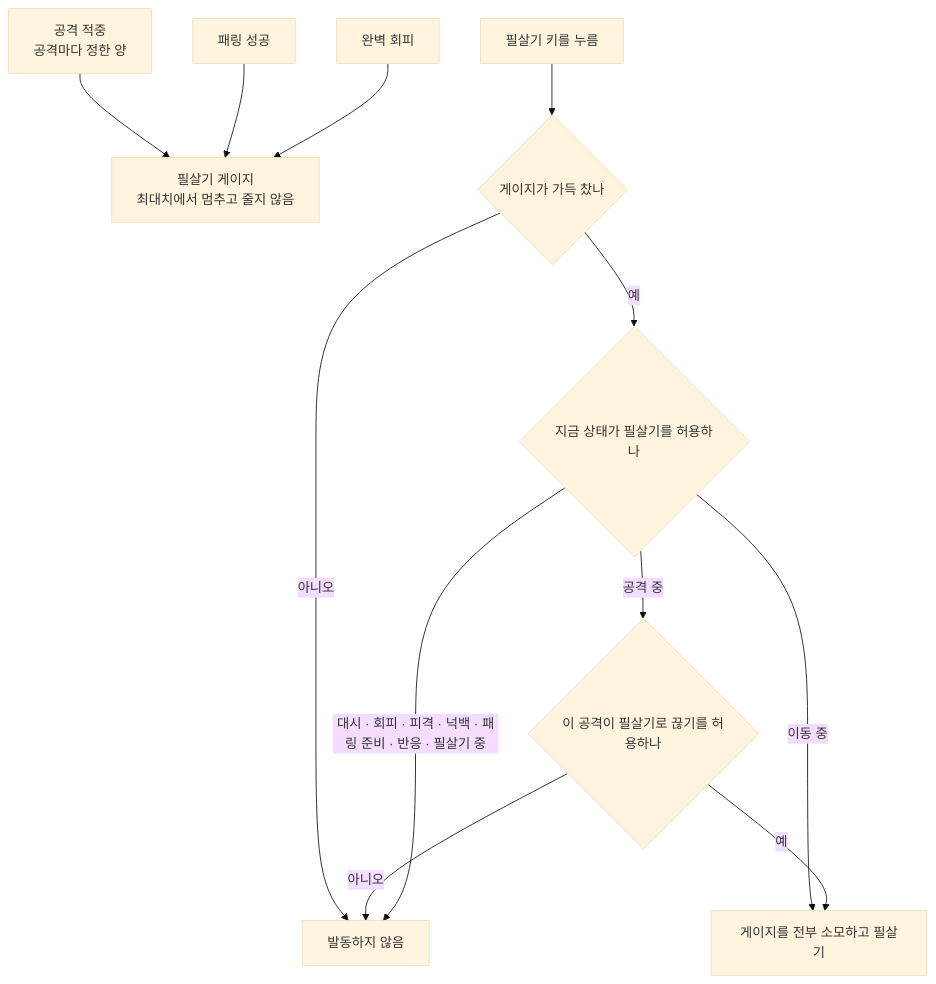
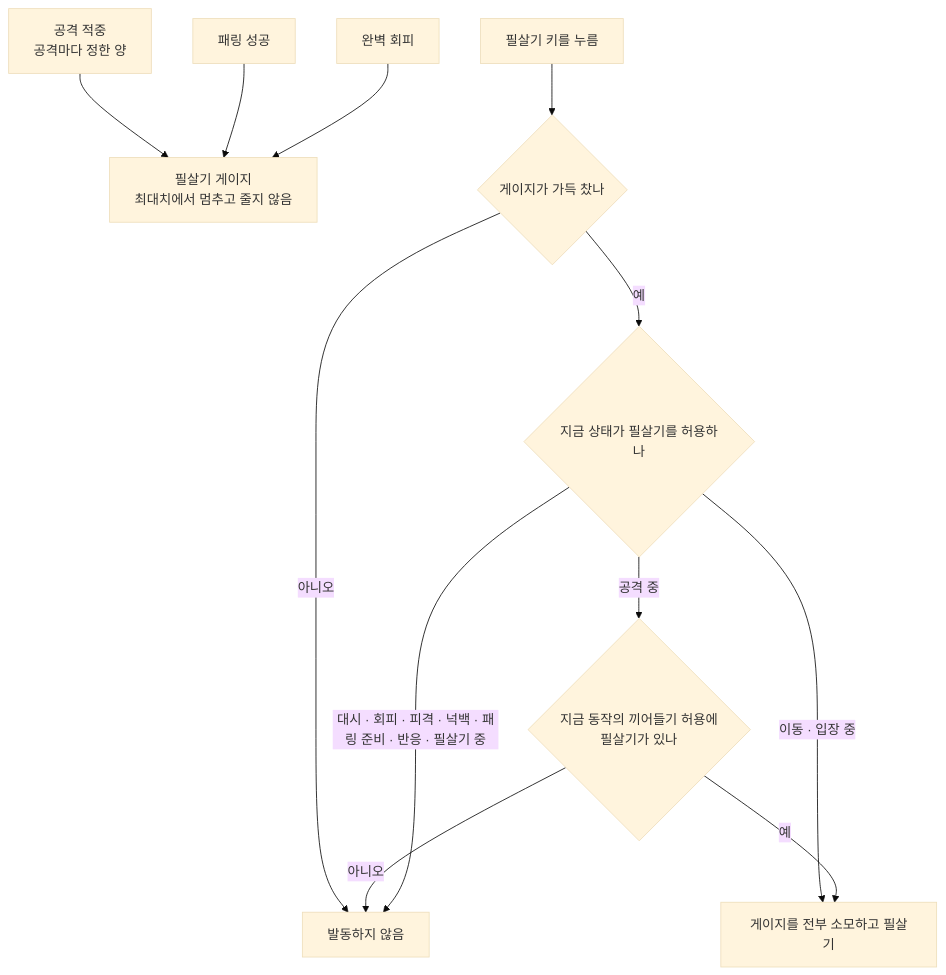
One commit to SquashPrince/Develrocket_mp15_HHH changed the first of 3 diagrams in Docs/Technical/Player/PlayerUltimate.md. Above: the diagram before and after it, drawn with Mermaid (base theme). The commit also changed other lines of this file and 10 other files, not shown here.

````diff
--- a/Docs/Technical/Player/PlayerUltimate.md
+++ b/Docs/Technical/Player/PlayerUltimate.md
@@ -24,14 +24,14 @@
 ```mermaid
 flowchart TD
     HIT["공격 적중<br>공격마다 정한 양"] --> G["필살기 게이지<br>최대치에서 멈추고 줄지 않음"]
     PA["패링 성공"] --> G
     PD["완벽 회피"] --> G
     K["필살기 키를 누름"] --> F{"게이지가 가득 찼나"}
     F -->|"아니오"| X["발동하지 않음"]
     F -->|"예"| S{"지금 상태가 필살기를 허용하나"}
-    S -->|"이동 중"| U["게이지를 전부 소모하고 필살기"]
-    S -->|"공격 중"| A{"이 공격이 필살기로 끊기를 허용하나"}
+    S -->|"이동 · 입장 중"| U["게이지를 전부 소모하고 필살기"]
+    S -->|"공격 중"| A{"지금 동작의 끼어들기 허용에<br>필살기가 있나"}
     A -->|"예"| U
     A -->|"아니오"| X
     S -->|"대시 · 회피 · 피격 · 넉백 · 패링 준비 · 반응 · 필살기 중"| X
 ```
````
